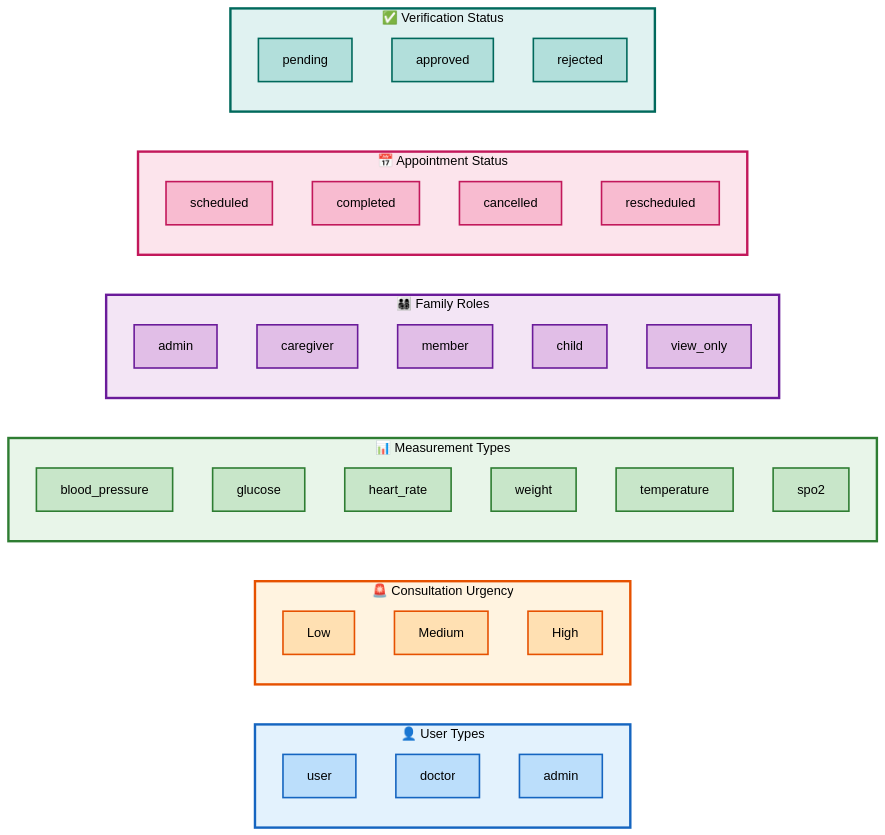
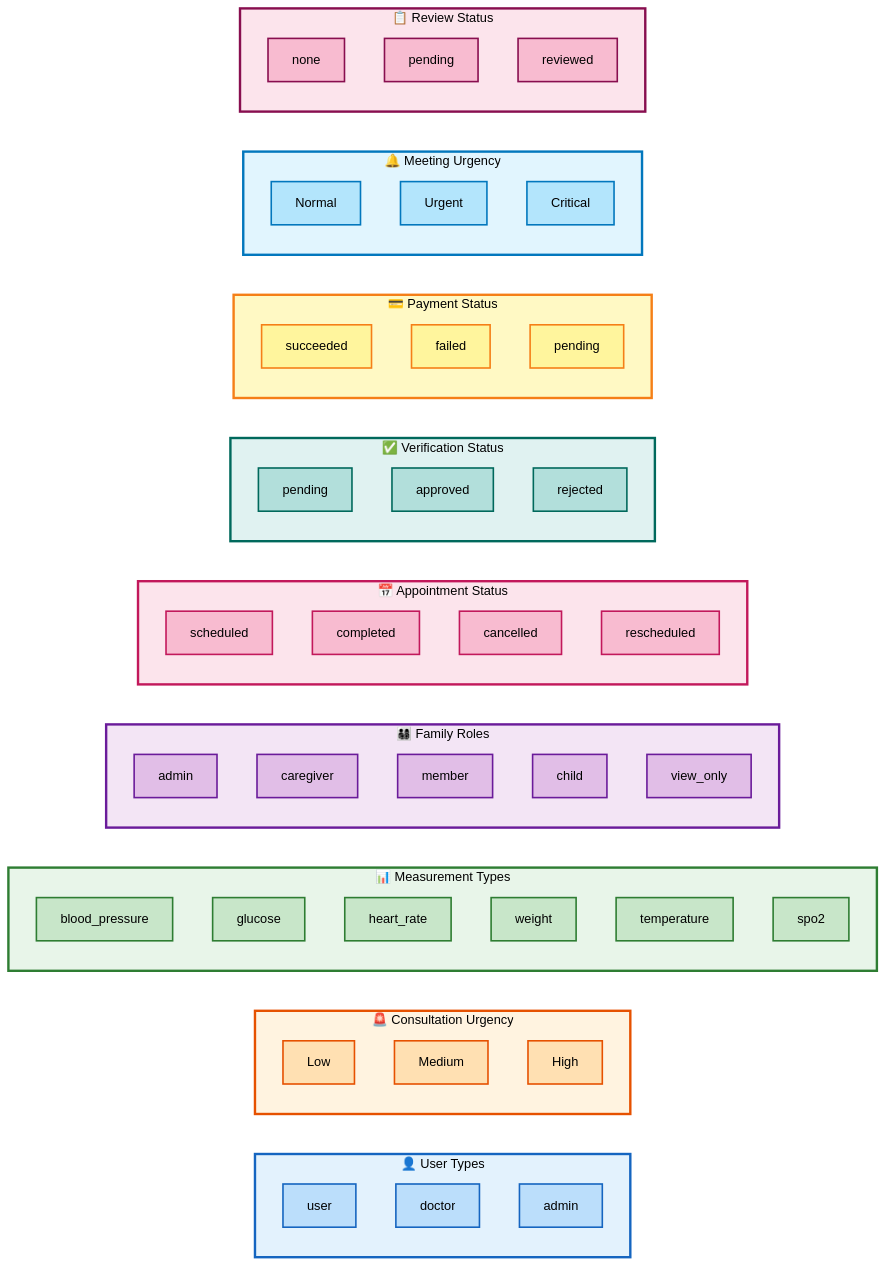
One commit to MohitSoni2021/lifedoc changed the third of 7 diagrams in README.md. Above: the diagram before and after it, drawn with Mermaid (neutral theme). The commit also changed other lines of this file, not shown here.

````diff
--- a/README.md
+++ b/README.md
@@ -418,12 +615,34 @@
         VS3["rejected"]
     end
     
+    subgraph PaymentStatus["💳 Payment Status"]
+        PS1["succeeded"]
+        PS2["failed"]
+        PS3["pending"]
+    end
+    
+    subgraph MeetingUrgency["🔔 Meeting Urgency"]
+        MU1["Normal"]
+        MU2["Urgent"]
+        MU3["Critical"]
+    end
+    
+    subgraph ReviewStatus["📋 Review Status"]
+        RS1["none"]
+        RS2["pending"]
+        RS3["reviewed"]
+    end
+    
     style UserTypes fill:#e3f2fd,stroke:#1565c0,stroke-width:3px,color:#000
     style ConsultationUrgency fill:#fff3e0,stroke:#e65100,stroke-width:3px,color:#000
     style MeasurementTypes fill:#e8f5e9,stroke:#2e7d32,stroke-width:3px,color:#000
     style FamilyRoles fill:#f3e5f5,stroke:#6a1b9a,stroke-width:3px,color:#000
     style AppointmentStatus fill:#fce4ec,stroke:#c2185b,stroke-width:3px,color:#000
     style VerificationStatus fill:#e0f2f1,stroke:#00695c,stroke-width:3px,color:#000
+    
+    style PaymentStatus fill:#fff9c4,stroke:#f57f17,stroke-width:3px,color:#000
+    style MeetingUrgency fill:#e1f5fe,stroke:#0277bd,stroke-width:3px,color:#000
+    style ReviewStatus fill:#fce4ec,stroke:#880e4f,stroke-width:3px,color:#000
     
     style UT1 fill:#bbdefb,stroke:#1565c0,stroke-width:2px,color:#000
     style UT2 fill:#bbdefb,stroke:#1565c0,stroke-width:2px,color:#000
@@ -449,4 +668,13 @@
     style VS1 fill:#b2dfdb,stroke:#00695c,stroke-width:2px,color:#000
     style VS2 fill:#b2dfdb,stroke:#00695c,stroke-width:2px,color:#000
     style VS3 fill:#b2dfdb,stroke:#00695c,stroke-width:2px,color:#000
+    style PS1 fill:#fff59d,stroke:#f57f17,stroke-width:2px,color:#000
+    style PS2 fill:#fff59d,stroke:#f57f17,stroke-width:2px,color:#000
+    style PS3 fill:#fff59d,stroke:#f57f17,stroke-width:2px,color:#000
+    style MU1 fill:#b3e5fc,stroke:#0277bd,stroke-width:2px,color:#000
+    style MU2 fill:#b3e5fc,stroke:#0277bd,stroke-width:2px,color:#000
+    style MU3 fill:#b3e5fc,stroke:#0277bd,stroke-width:2px,color:#000
+    style RS1 fill:#f8bbd0,stroke:#880e4f,stroke-width:2px,color:#000
+    style RS2 fill:#f8bbd0,stroke:#880e4f,stroke-width:2px,color:#000
+    style RS3 fill:#f8bbd0,stroke:#880e4f,stroke-width:2px,color:#000
 ```
````
